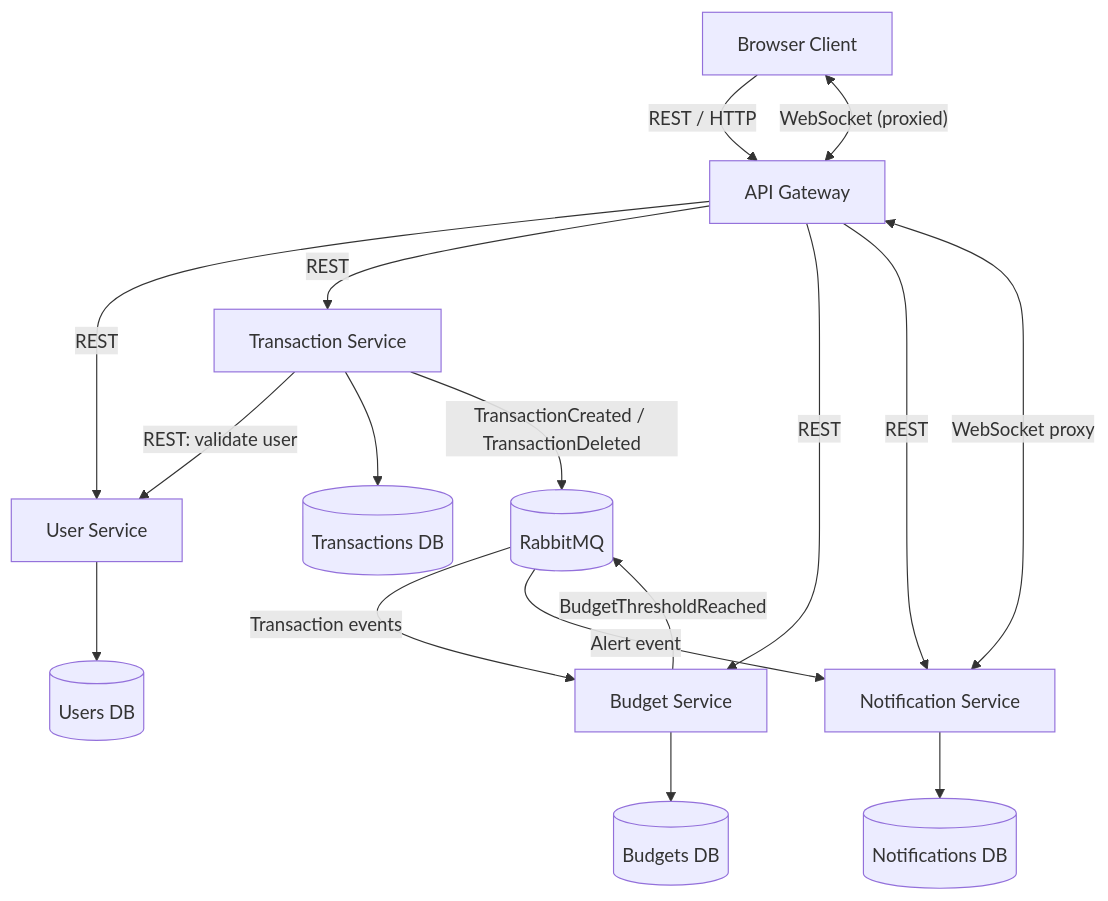
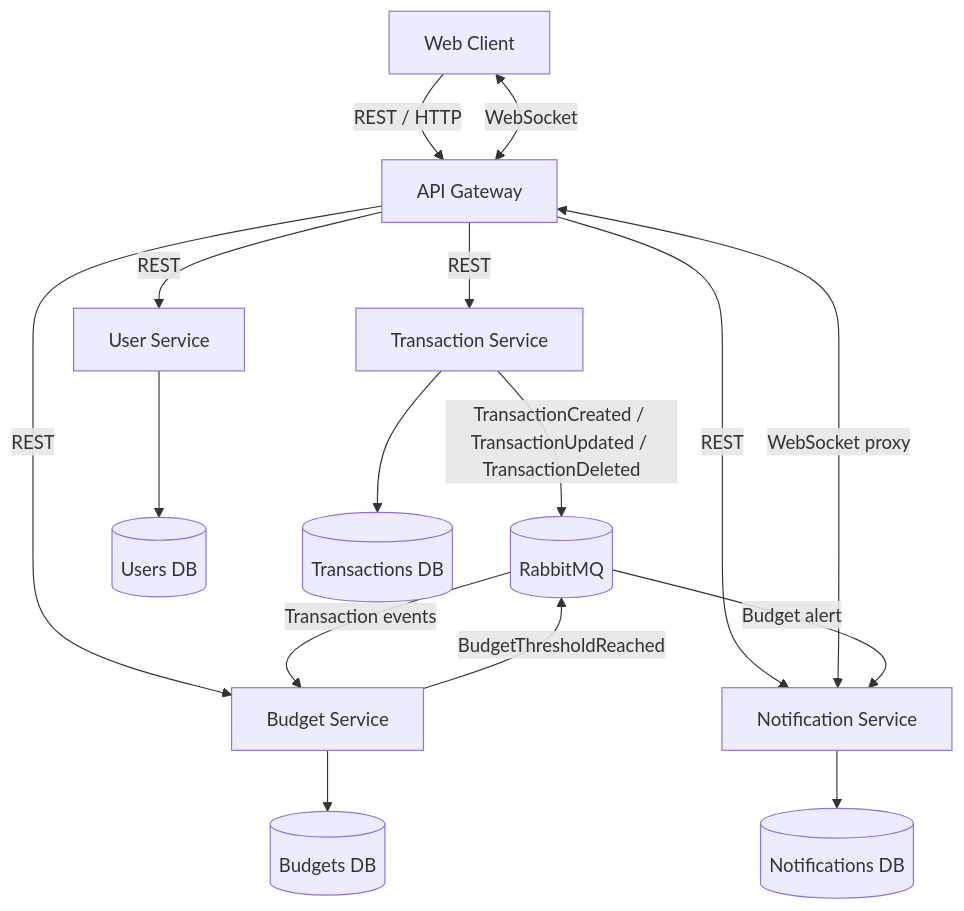
Before and after one commit to lojain1221/spend-wise: the diagram in docs/02-architecture.md, drawn with Mermaid. The commit also changed other lines of this file, not shown here.

````diff
--- a/docs/02-architecture.md
+++ b/docs/02-architecture.md
@@ -17,31 +30,40 @@
 ```mermaid
 flowchart TB
-    Browser["Browser Client"]
+    Browser["Web Client"]
     Gateway["API Gateway"]
+
     Users["User Service"]
     Transactions["Transaction Service"]
     Budgets["Budget Service"]
     Notifications["Notification Service"]
+
     MQ[("RabbitMQ")]
+
     UDB[("Users DB")]
     TDB[("Transactions DB")]
     BDB[("Budgets DB")]
     NDB[("Notifications DB")]
 
     Browser -->|"REST / HTTP"| Gateway
-    Browser <-->|"WebSocket (proxied)"| Gateway
+    Browser <-->|"WebSocket"| Gateway
+
     Gateway -->|"REST"| Users
     Gateway -->|"REST"| Transactions
     Gateway -->|"REST"| Budgets
     Gateway -->|"REST"| Notifications
+
     Gateway <-->|"WebSocket proxy"| Notifications
-    Transactions -->|"REST: validate user"| Users
+
     Users --> UDB
     Transactions --> TDB
     Budgets --> BDB
     Notifications --> NDB
-    Transactions -->|"TransactionCreated / TransactionDeleted"| MQ
+
+    Transactions -->|"TransactionCreated / TransactionUpdated / TransactionDeleted"| MQ
+
     MQ -->|"Transaction events"| Budgets
+
     Budgets -->|"BudgetThresholdReached"| MQ
-    MQ -->|"Alert event"| Notifications
+
+    MQ -->|"Budget alert"| Notifications
 ```
````
